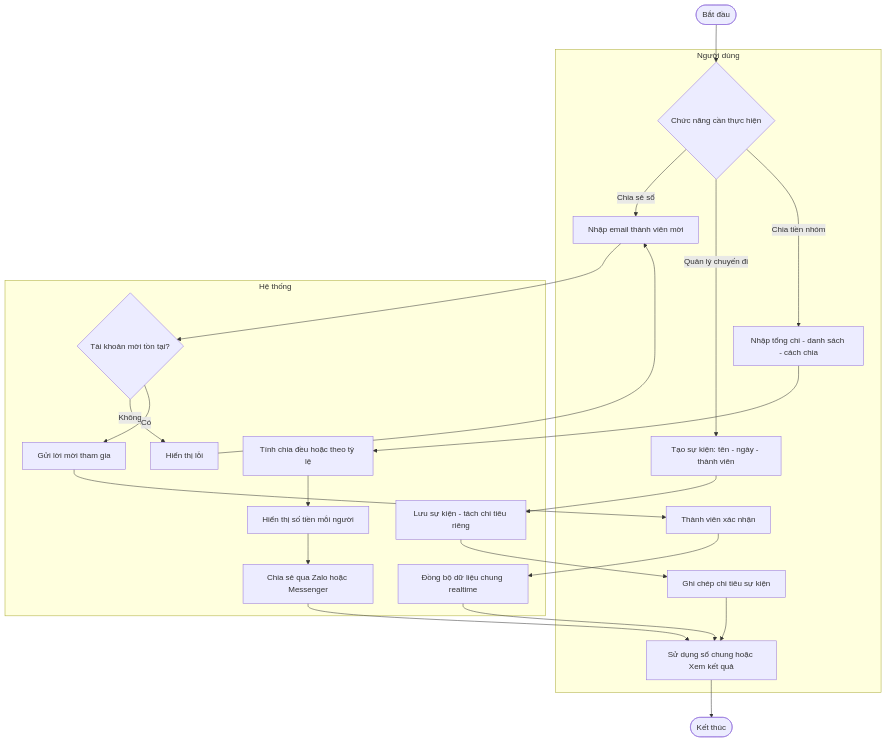
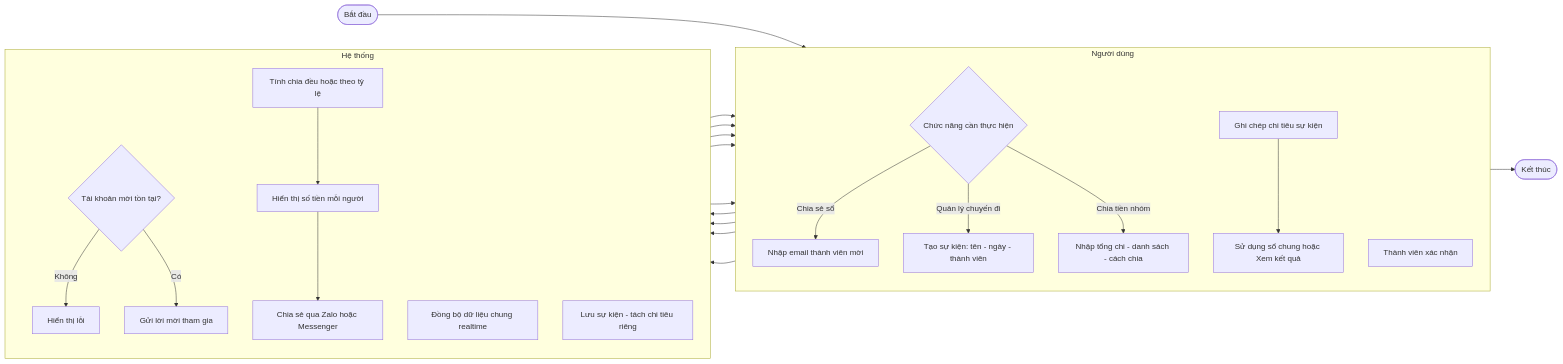
The tenth of 10 diagrams in Nghiên cứu MISA MoneyKeeper.md (Hieu-vn/Graduation-Thesis), drawn with Mermaid before and after one commit. The commit also changed other lines of this file, not shown here.

````diff
--- a/Nghiên cứu MISA MoneyKeeper.md
+++ b/Nghiên cứu MISA MoneyKeeper.md
@@ -524,46 +542,48 @@
 ```mermaid
-flowchart TD
+flowchart LR
     A([Bắt đầu])
 
     subgraph NguoiDung["Người dùng"]
+        direction TB
         B{Chức năng cần thực hiện}
         C[Nhập email thành viên mời]
         D[Tạo sự kiện: tên - ngày - thành viên]
         E[Nhập tổng chi - danh sách - cách chia]
         G2[Thành viên xác nhận]
         I2[Ghi chép chi tiêu sự kiện]
         L[Sử dụng sổ chung hoặc Xem kết quả]
     end
 
     subgraph HeThong["Hệ thống"]
+        direction TB
         F{Tài khoản mời tồn tại?}
         F2[Hiển thị lỗi]
         G[Gửi lời mời tham gia]
         H[Đồng bộ dữ liệu chung realtime]
         I[Lưu sự kiện - tách chi tiêu riêng]
         J[Tính chia đều hoặc theo tỷ lệ]
         K[Hiển thị số tiền mỗi người]
         K2[Chia sẻ qua Zalo hoặc Messenger]
     end
 
     M([Kết thúc])
 
     A --> B
     B -->|Chia sẻ sổ| C
     C --> F
     F -->|Không| F2 --> C
     F -->|Có| G
     G --> G2
     G2 --> H
     H --> L
     B -->|Quản lý chuyến đi| D
     D --> I
     I --> I2
     I2 --> L
     B -->|Chia tiền nhóm| E
     E --> J
     J --> K
     K --> K2
     K2 --> L
     L --> M
 ```
````
